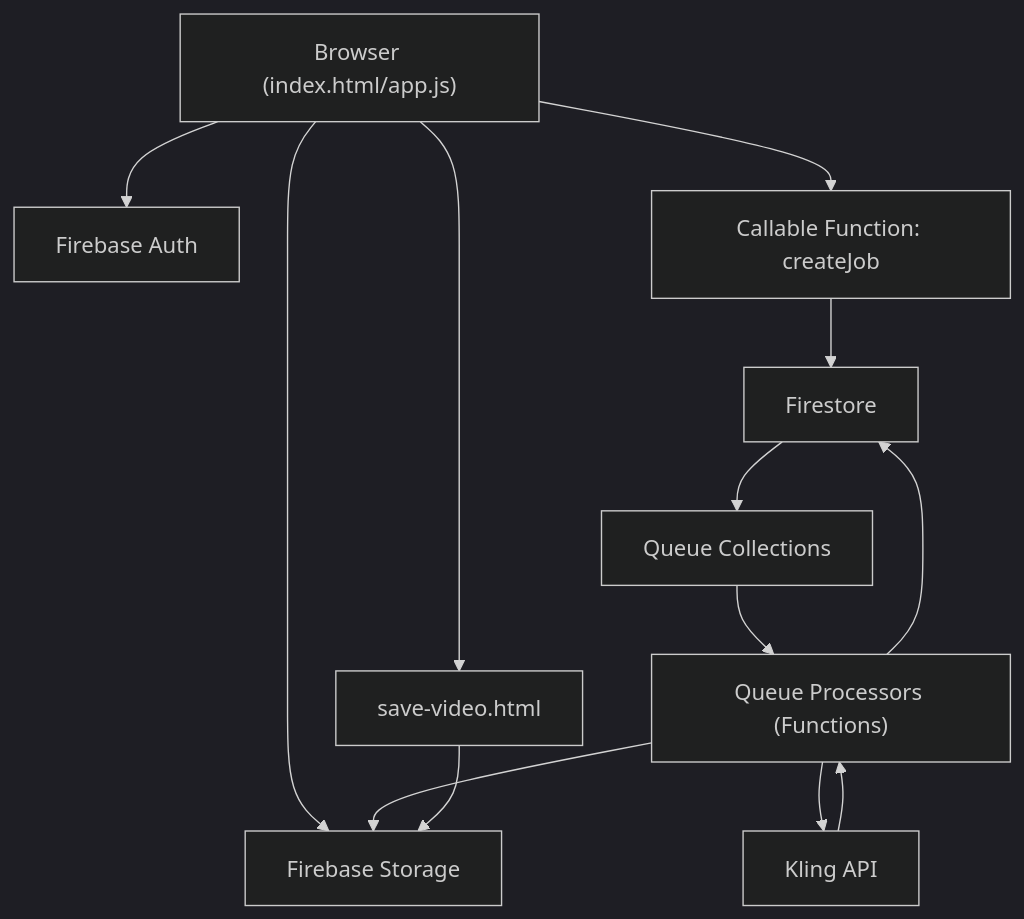
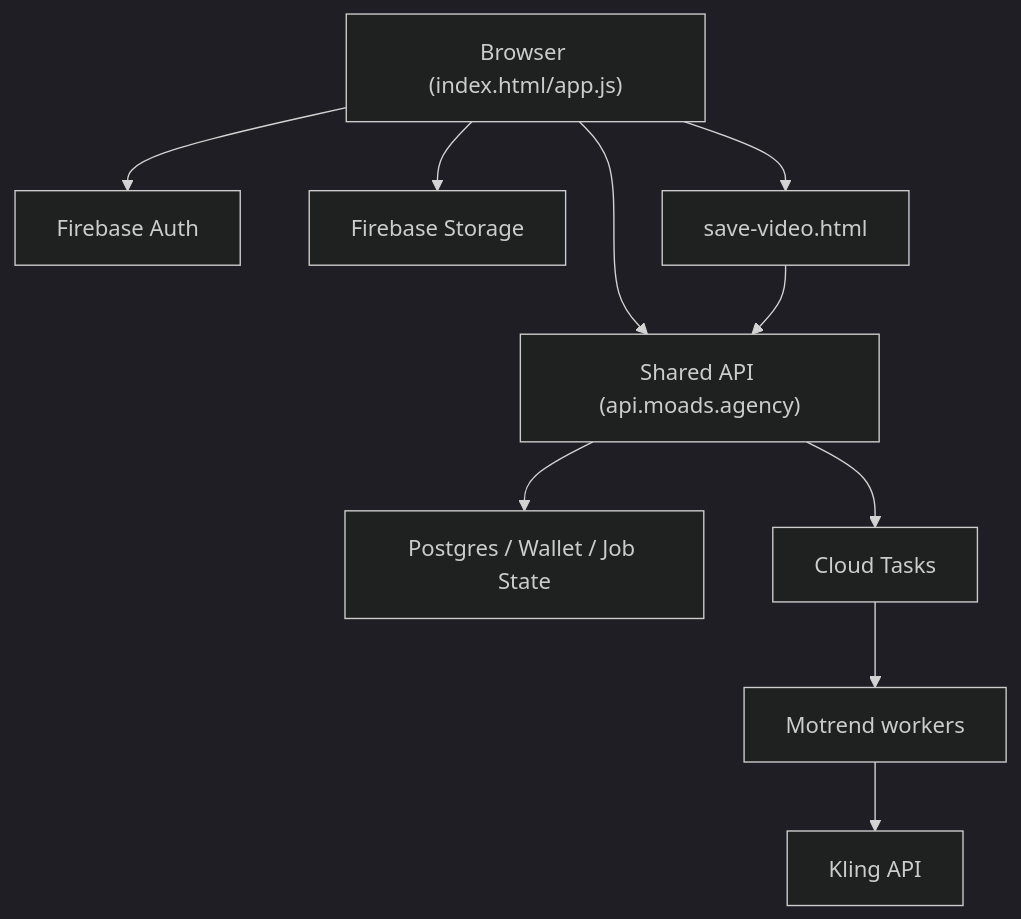
The first of 2 diagrams in TECHNICAL_OVERVIEW.md (eugene763/motrend), drawn with Mermaid (dark theme) before and after one commit. The commit also changed other lines of this file and 18 other files, not shown here.

````diff
--- a/TECHNICAL_OVERVIEW.md
+++ b/TECHNICAL_OVERVIEW.md
@@ -59,15 +65,12 @@
 ```mermaid
 flowchart TD
     A["Browser (index.html/app.js)"] --> B["Firebase Auth"]
     A --> C["Firebase Storage"]
-    A --> D["Callable Function: createJob"]
-    D --> E["Firestore"]
-    E --> F["Queue Collections"]
-    F --> G["Queue Processors (Functions)"]
+    A --> D["Shared API (api.moads.agency)"]
+    D --> E["Postgres / Wallet / Job State"]
+    D --> F["Cloud Tasks"]
+    F --> G["Motrend workers"]
     G --> H["Kling API"]
-    H --> G
-    G --> E
-    G --> C
     A --> I["save-video.html"]
-    I --> C
+    I --> D
 ```
````
